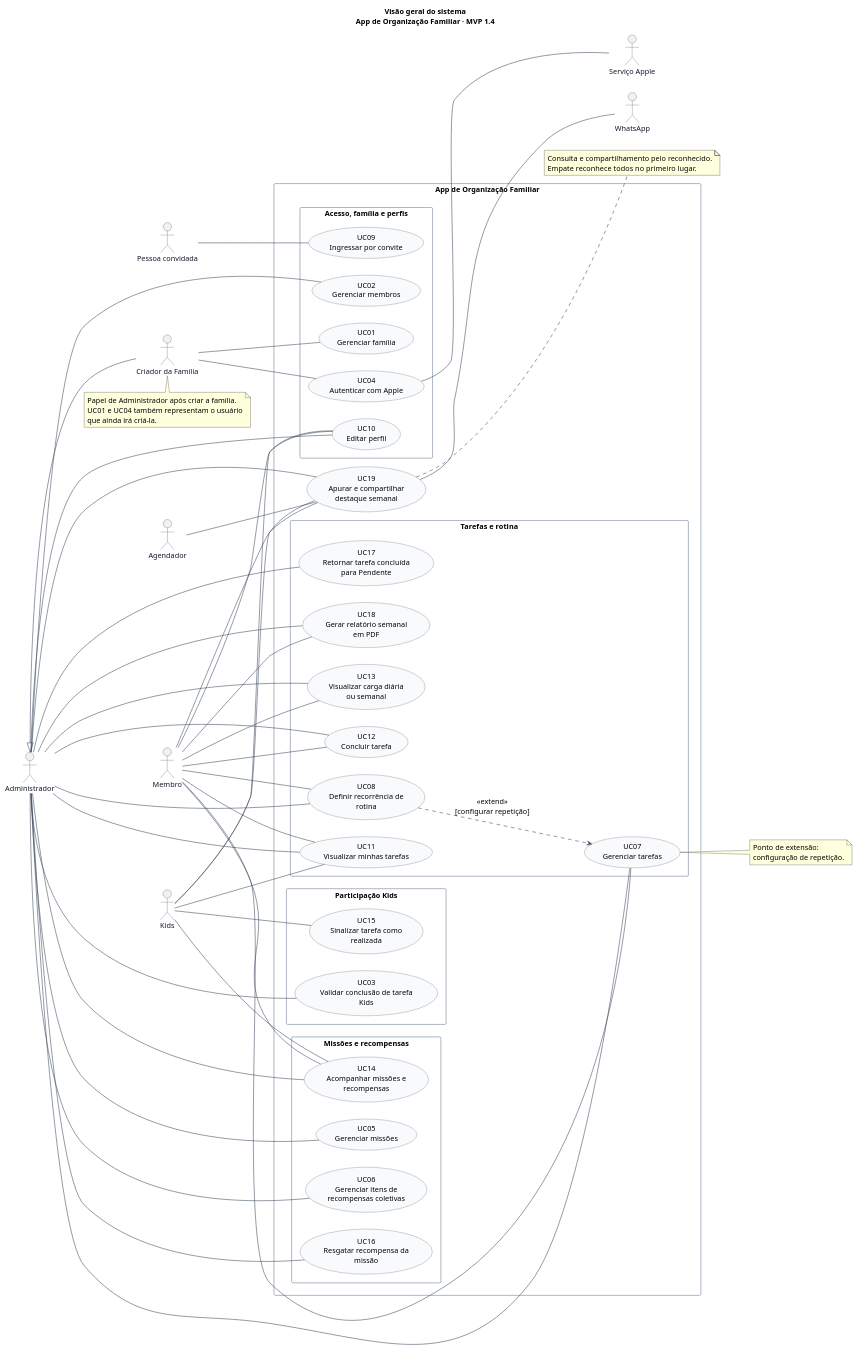
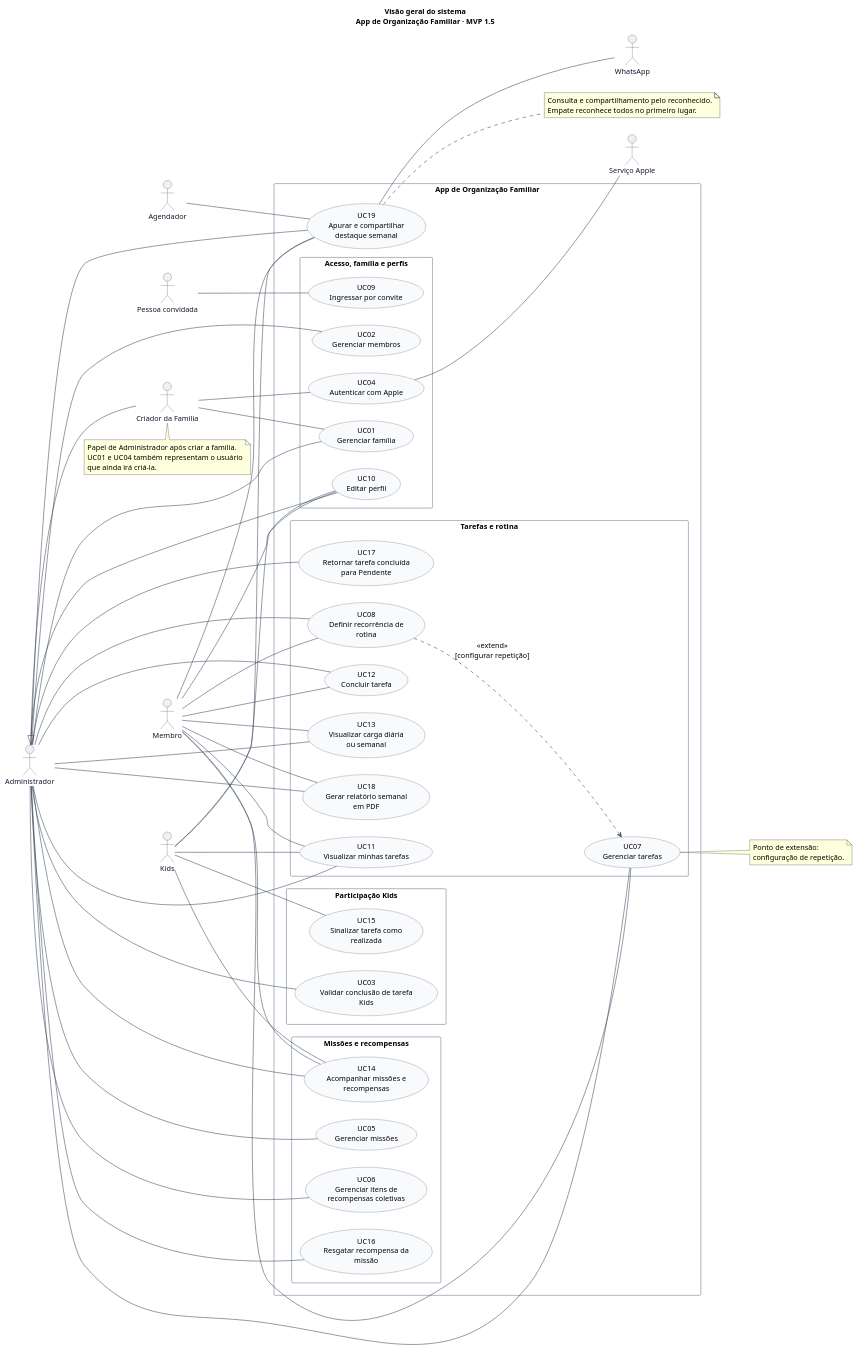
The diagram in docs/diagramas/casos-de-uso/01-visao-geral.puml (lizandramalta/App-Rotina-Familiar), drawn with PlantUML before and after one commit. The commit also changed 25 other files, not shown here.

```diff
--- a/docs/diagramas/casos-de-uso/01-visao-geral.puml
+++ b/docs/diagramas/casos-de-uso/01-visao-geral.puml
@@ -1,110 +1,111 @@
 @startuml
 ' Fonte editável. Renderização: java -jar plantuml.jar -charset UTF-8 -tsvg *.puml
 left to right direction
 skinparam shadowing false
 skinparam backgroundColor white
 skinparam defaultFontName SansSerif
 skinparam defaultFontSize 14
 skinparam ArrowColor #334155
 skinparam actorBorderColor #334155
 skinparam actorFontColor #0F172A
 skinparam usecaseBackgroundColor #F8FAFC
 skinparam usecaseBorderColor #475569
 skinparam rectangleBorderColor #64748B
 skinparam packageStyle rectangle
 skinparam nodesep 32
 skinparam ranksep 55
-title Visão geral do sistema\nApp de Organização Familiar · MVP 1.4
+title Visão geral do sistema\nApp de Organização Familiar · MVP 1.5
 
 actor "Administrador" as Admin
 actor "Membro" as Membro
 actor "Kids" as Kids
 actor "Criador da Família" as Criador
 actor "Pessoa convidada" as Convidado
 actor "Serviço Apple" as Apple
 actor "Agendador" as Agendador
 actor "WhatsApp" as WhatsApp
 
 rectangle "App de Organização Familiar" {
   package "Acesso, família e perfis" {
   usecase "UC01\nGerenciar família" as UC01
   usecase "UC02\nGerenciar membros" as UC02
   usecase "UC04\nAutenticar com Apple" as UC04
   usecase "UC09\nIngressar por convite" as UC09
   usecase "UC10\nEditar perfil" as UC10
   }
   package "Tarefas e rotina" {
   usecase "UC07\nGerenciar tarefas" as UC07
   usecase "UC08\nDefinir recorrência de\nrotina" as UC08
   usecase "UC11\nVisualizar minhas tarefas" as UC11
   usecase "UC12\nConcluir tarefa" as UC12
   usecase "UC13\nVisualizar carga diária\nou semanal" as UC13
   usecase "UC18\nGerar relatório semanal\nem PDF" as UC18
   usecase "UC17\nRetornar tarefa concluída\npara Pendente" as UC17
   }
   package "Participação Kids" {
   usecase "UC15\nSinalizar tarefa como\nrealizada" as UC15
   usecase "UC03\nValidar conclusão de tarefa\nKids" as UC03
   }
   usecase "UC19\nApurar e compartilhar\ndestaque semanal" as UC19
   package "Missões e recompensas" {
   usecase "UC05\nGerenciar missões" as UC05
   usecase "UC06\nGerenciar itens de\nrecompensas coletivas" as UC06
   usecase "UC14\nAcompanhar missões e\nrecompensas" as UC14
   usecase "UC16\nResgatar recompensa da\nmissão" as UC16
   }
 }
 
+Admin -- UC01
 Admin -- UC02
 Admin -- UC03
 Admin -- UC05
 Admin -- UC06
 Admin -- UC07
 Admin -- UC08
 Admin -- UC10
 Admin -- UC11
 Admin -- UC12
 Admin -- UC13
 Admin -- UC18
 Admin -- UC14
 Admin -- UC16
 Admin -- UC17
 Membro -- UC07
 Membro -- UC08
 Membro -- UC10
 Kids -- UC10
 Membro -- UC11
 Membro -- UC12
 Membro -- UC13
 Membro -- UC18
 Membro -- UC14
 Kids -- UC11
 Kids -- UC14
 Kids -- UC15
 Criador -- UC01
 Criador -- UC04
 Convidado -- UC09
 UC04 -- Apple
 Criador -up-|> Admin
 note bottom of Criador
   Papel de Administrador após criar a família.
   UC01 e UC04 também representam o usuário
   que ainda irá criá-la.
 end note
 UC08 ..> UC07 : <<extend>>\n[configurar repetição]
 note right of UC07
   Ponto de extensão:
   configuração de repetição.
 end note
 
 Agendador -- UC19
 Admin -- UC19
 Membro -- UC19
 Kids -- UC19
 UC19 -- WhatsApp
 note right of UC19
   Consulta e compartilhamento pelo reconhecido.
   Empate reconhece todos no primeiro lugar.
 end note
 
 @enduml
```
